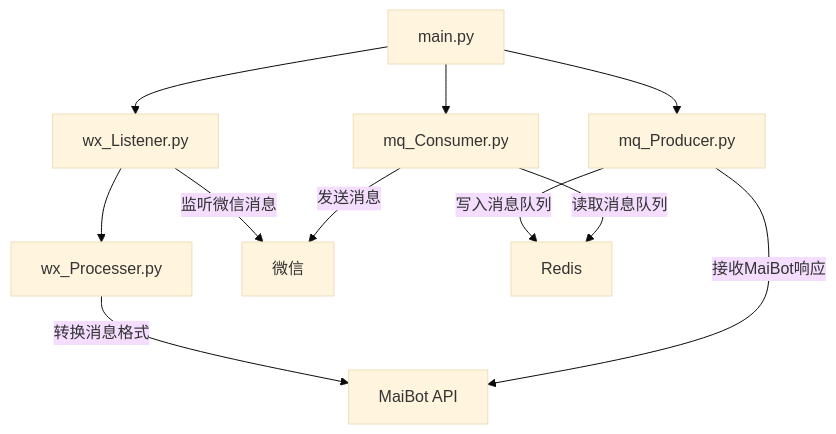
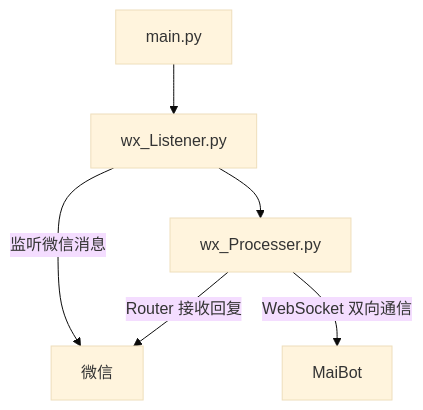
One commit to zhx57/MaiBot-WeChat-WeFlow-Adapter changed the diagram in README.md. Above: the diagram before and after it, drawn with Mermaid (base theme). The commit also changed other lines of this file and 8 other files, not shown here.

````diff
--- a/README.md
+++ b/README.md
@@ -99,13 +96,8 @@
 ```mermaid
 graph TD
     A[main.py] --> B[wx_Listener.py]
-    A --> C[mq_Producer.py]
-    A --> D[mq_Consumer.py]
+    B -->|监听微信消息| F[微信]
     B --> E[wx_Processer.py]
-    B -->|监听微信消息| F[微信]
-    E -->|转换消息格式| G[MaiBot API]
-    C -->|接收MaiBot响应| G
-    C -->|写入消息队列| H[Redis]
-    D -->|读取消息队列| H
-    D -->|发送消息| F
+    E -->|WebSocket 双向通信| G[MaiBot]
+    E -->|Router 接收回复| F
 ```
````
